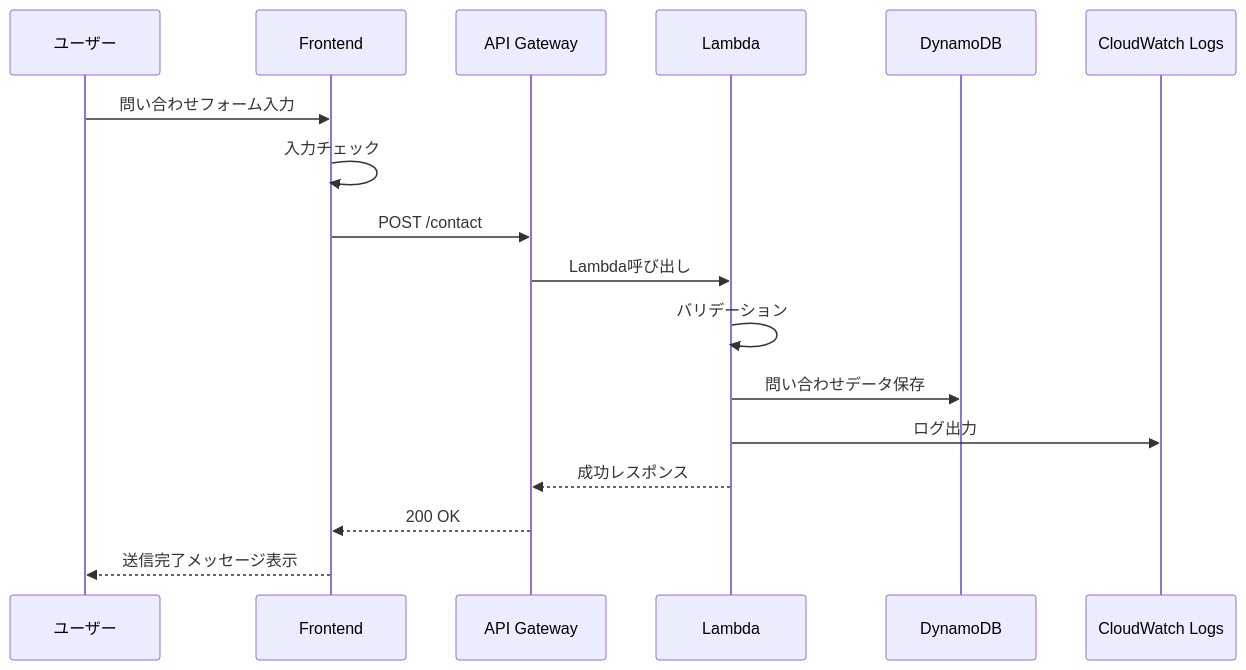
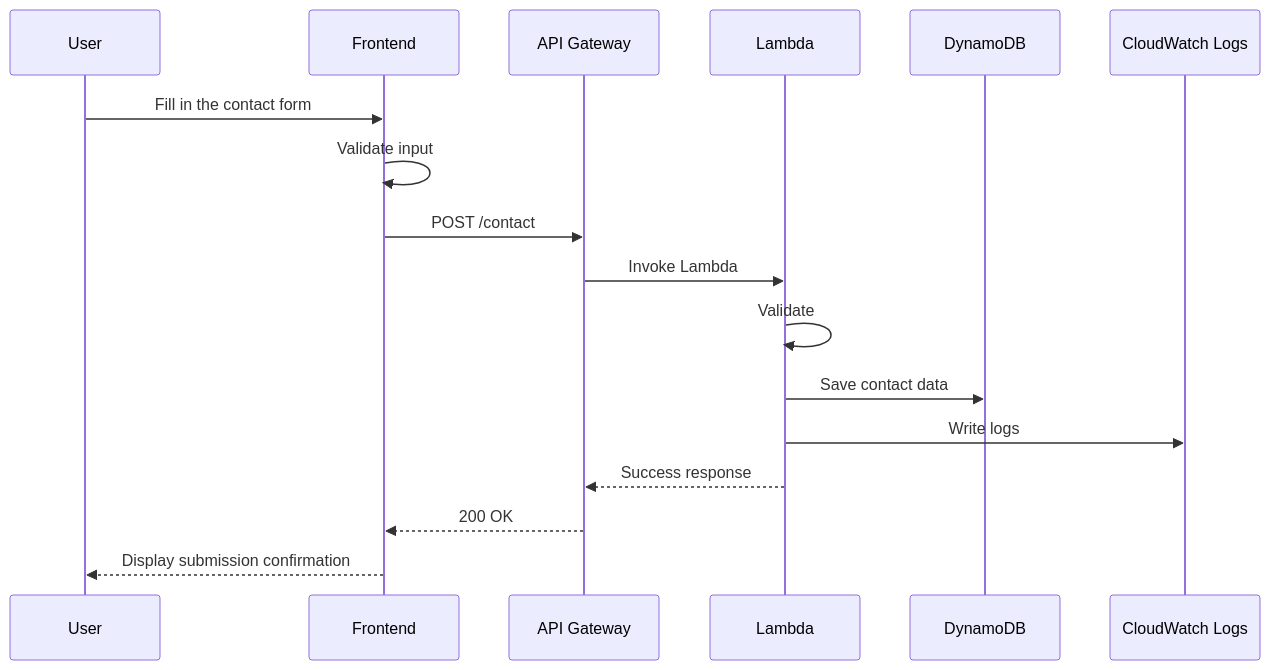
The third of 11 diagrams in docs/designs/04_aws_architecture_design.md (vincentmango-wen/aws-cert-roadmap-lab), drawn with Mermaid before and after one commit. The commit also changed other lines of this file and 117 other files, not shown here.

````diff
--- a/docs/designs/04_aws_architecture_design.md
+++ b/docs/designs/04_aws_architecture_design.md
@@ -208,20 +208,20 @@
 ```mermaid
 sequenceDiagram
-    participant U as ユーザー
+    participant U as User
     participant FE as Frontend
     participant API as API Gateway
     participant L as Lambda
     participant DB as DynamoDB
     participant CW as CloudWatch Logs
 
-    U->>FE: 問い合わせフォーム入力
-    FE->>FE: 入力チェック
+    U->>FE: Fill in the contact form
+    FE->>FE: Validate input
     FE->>API: POST /contact
-    API->>L: Lambda呼び出し
-    L->>L: バリデーション
-    L->>DB: 問い合わせデータ保存
-    L->>CW: ログ出力
-    L-->>API: 成功レスポンス
+    API->>L: Invoke Lambda
+    L->>L: Validate
+    L->>DB: Save contact data
+    L->>CW: Write logs
+    L-->>API: Success response
     API-->>FE: 200 OK
-    FE-->>U: 送信完了メッセージ表示
+    FE-->>U: Display submission confirmation
 ```
````
